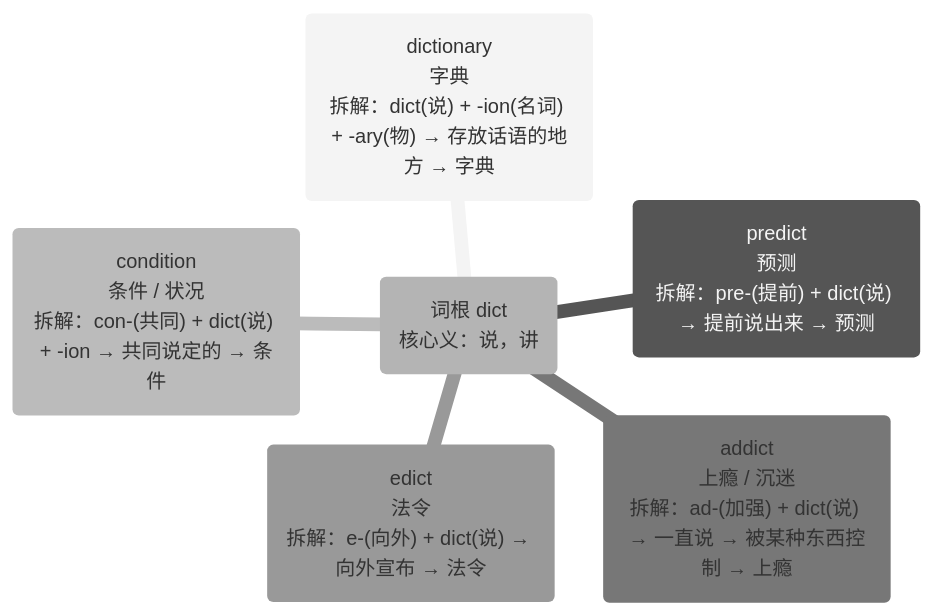
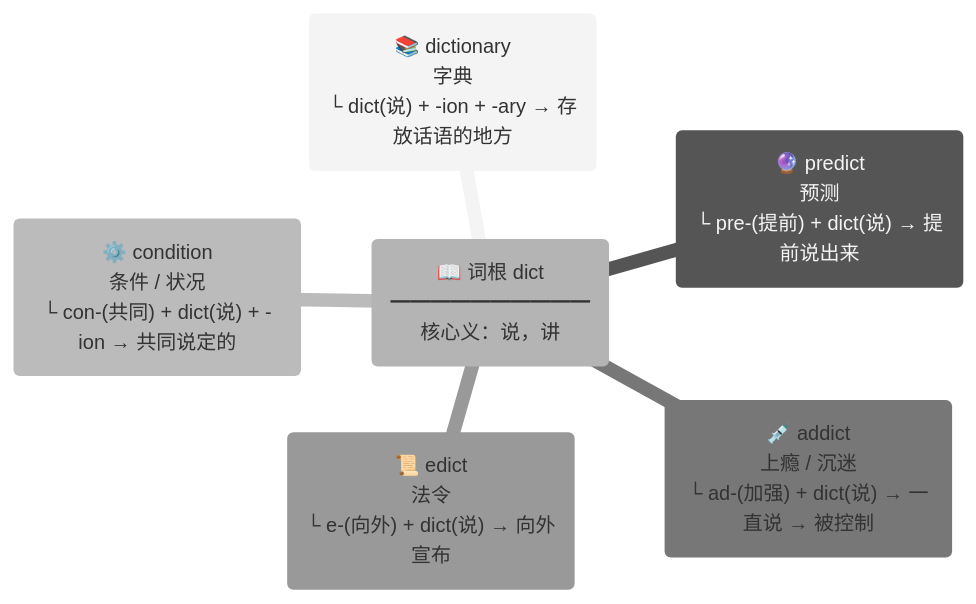
The third of 31 diagrams in files/other/e.md (suhuide/h), drawn with Mermaid (neutral theme) before and after one commit. The commit also changed other lines of this file, not shown here.

````diff
--- a/files/other/e.md
+++ b/files/other/e.md
@@ -26,9 +26,9 @@
 ```mermaid
 mindmap
-  root("词根 dict<br>核心义：说，讲")
-    dictionary("dictionary<br>字典<br>拆解：dict(说) + -ion(名词) + -ary(物) → 存放话语的地方 → 字典")
-    predict("predict<br>预测<br>拆解：pre-(提前) + dict(说) → 提前说出来 → 预测")
-    condition("condition<br>条件 / 状况<br>拆解：con-(共同) + dict(说) + -ion → 共同说定的 → 条件")
-    addict("addict<br>上瘾 / 沉迷<br>拆解：ad-(加强) + dict(说) → 一直说 → 被某种东西控制 → 上瘾")
-    edict("edict<br>法令<br>拆解：e-(向外) + dict(说) → 向外宣布 → 法令")
+  root("📖 词根 dict<br>━━━━━━━━━━<br>核心义：说，讲")
+    dictionary("📚 dictionary<br>字典<br>└ dict(说) + -ion + -ary → 存放话语的地方")
+    predict("🔮 predict<br>预测<br>└ pre-(提前) + dict(说) → 提前说出来")
+    condition("⚙️ condition<br>条件 / 状况<br>└ con-(共同) + dict(说) + -ion → 共同说定的")
+    addict("💉 addict<br>上瘾 / 沉迷<br>└ ad-(加强) + dict(说) → 一直说 → 被控制")
+    edict("📜 edict<br>法令<br>└ e-(向外) + dict(说) → 向外宣布")
 ```
````
